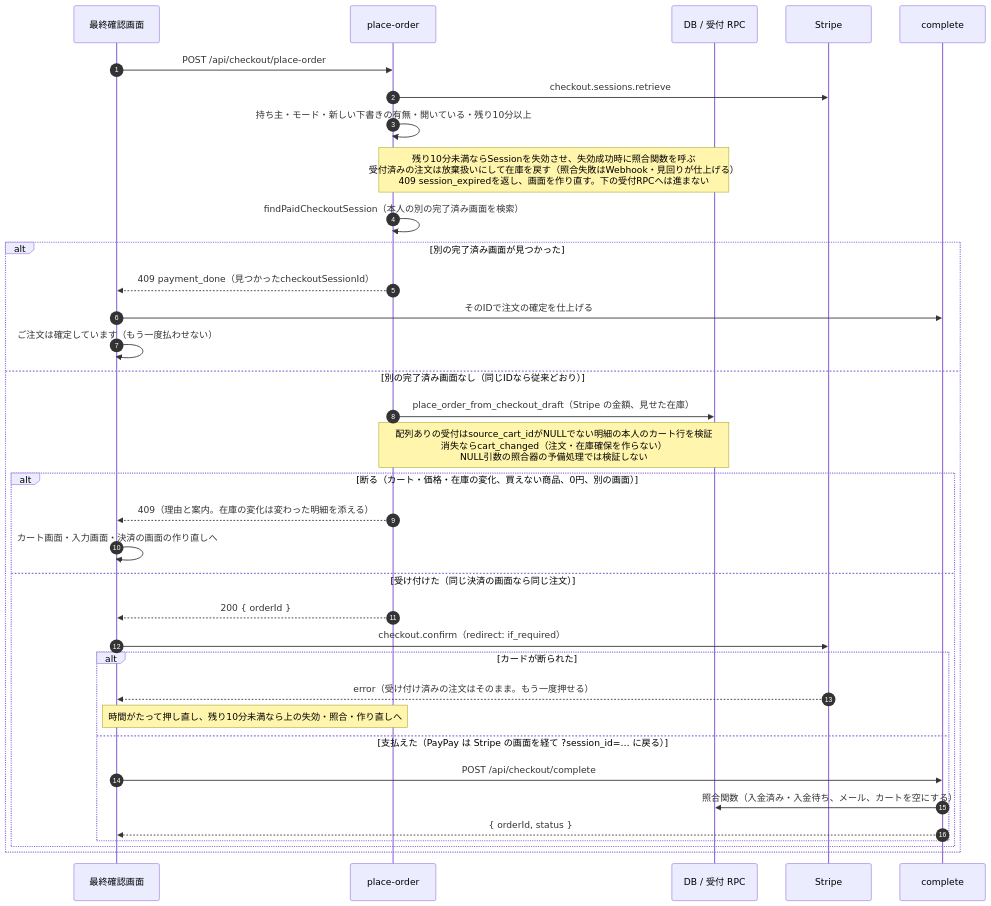
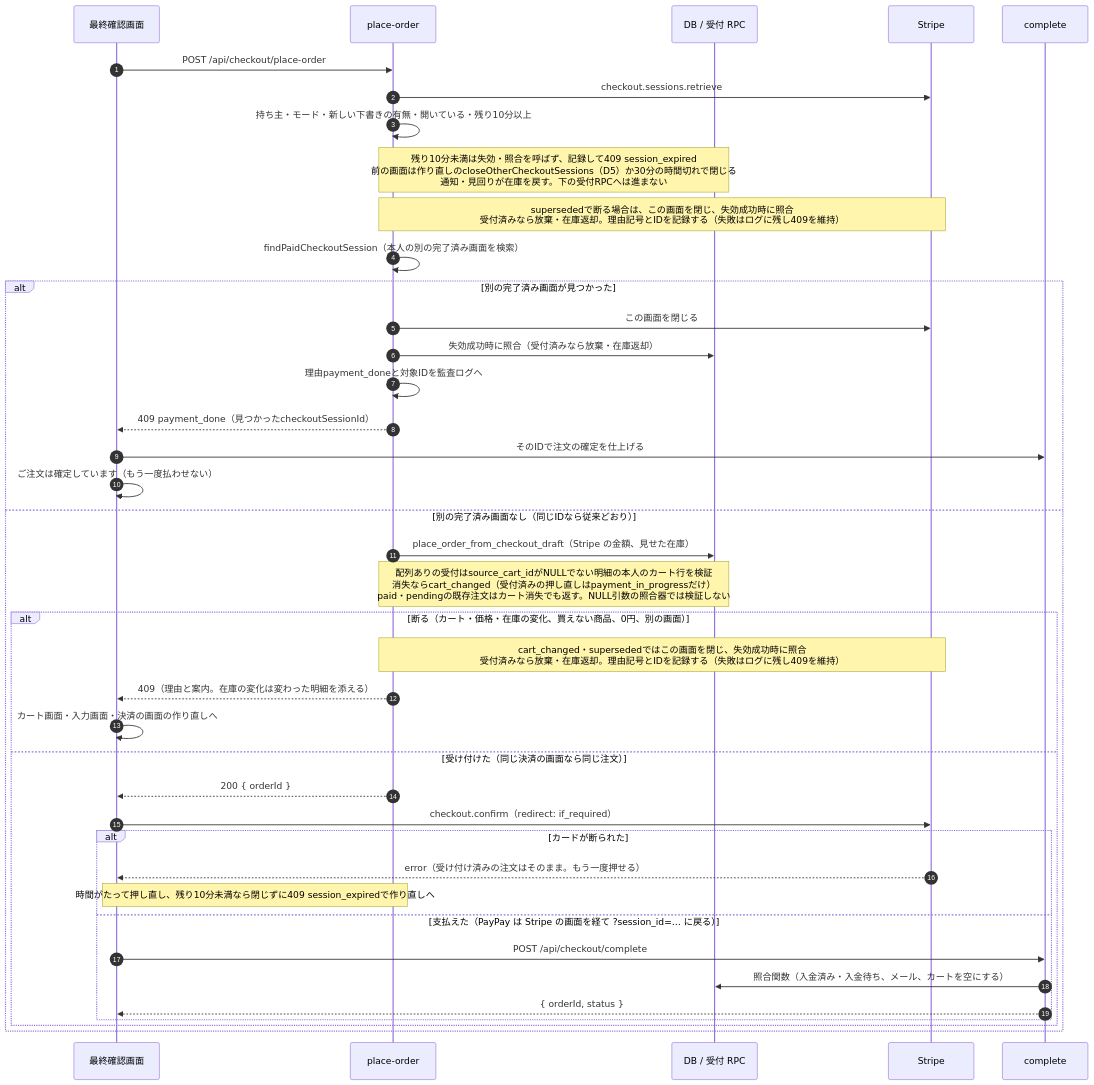
The second of 5 diagrams in docs/04_DetailDesign/sequence/checkout-payment.md (ChocoWork/o_official), drawn with Mermaid before and after one commit. The commit also changed other lines of this file and 3 other files, not shown here.

````diff
--- a/docs/04_DetailDesign/sequence/checkout-payment.md
+++ b/docs/04_DetailDesign/sequence/checkout-payment.md
@@ -82,37 +82,42 @@
 ```mermaid
 sequenceDiagram
     autonumber
     participant UI as 最終確認画面
     participant PO as place-order
     participant DB as DB / 受付 RPC
     participant Stripe as Stripe
     participant C as complete
     UI->>PO: POST /api/checkout/place-order
     PO->>Stripe: checkout.sessions.retrieve
     PO->>PO: 持ち主・モード・新しい下書きの有無・開いている・残り10分以上
-    Note over PO,DB: 残り10分未満ならSessionを失効させ、失効成功時に照合関数を呼ぶ<br/>受付済みの注文は放棄扱いにして在庫を戻す（照合失敗はWebhook・見回りが仕上げる）<br/>409 session_expiredを返し、画面を作り直す。下の受付RPCへは進まない
+    Note over PO,DB: 残り10分未満は失効・照合を呼ばず、記録して409 session_expired<br/>前の画面は作り直しのcloseOtherCheckoutSessions（D5）か30分の時間切れで閉じる<br/>通知・見回りが在庫を戻す。下の受付RPCへは進まない
+    Note over PO,Stripe: supersededで断る場合は、この画面を閉じ、失効成功時に照合<br/>受付済みなら放棄・在庫返却。理由記号とIDを記録する（失敗はログに残し409を維持）
     PO->>PO: findPaidCheckoutSession（本人の別の完了済み画面を検索）
     alt 別の完了済み画面が見つかった
+        PO->>Stripe: この画面を閉じる
+        PO->>DB: 失効成功時に照合（受付済みなら放棄・在庫返却）
+        PO->>PO: 理由payment_doneと対象IDを監査ログへ
         PO-->>UI: 409 payment_done（見つかったcheckoutSessionId）
         UI->>C: そのIDで注文の確定を仕上げる
         UI->>UI: ご注文は確定しています（もう一度払わせない）
     else 別の完了済み画面なし（同じIDなら従来どおり）
     PO->>DB: place_order_from_checkout_draft（Stripe の金額、見せた在庫）
-    Note over PO,DB: 配列ありの受付はsource_cart_idがNULLでない明細の本人のカート行を検証<br/>消失ならcart_changed（注文・在庫確保を作らない）<br/>NULL引数の照合器の予備処理では検証しない
+    Note over PO,DB: 配列ありの受付はsource_cart_idがNULLでない明細の本人のカート行を検証<br/>消失ならcart_changed（受付済みの押し直しはpayment_in_progressだけ）<br/>paid・pendingの既存注文はカート消失でも返す。NULL引数の照合器では検証しない
     alt 断る（カート・価格・在庫の変化、買えない商品、0円、別の画面）
+        Note over PO,Stripe: cart_changed・supersededではこの画面を閉じ、失効成功時に照合<br/>受付済みなら放棄・在庫返却。理由記号とIDを記録する（失敗はログに残し409を維持）
         PO-->>UI: 409（理由と案内。在庫の変化は変わった明細を添える）
         UI->>UI: カート画面・入力画面・決済の画面の作り直しへ
     else 受け付けた（同じ決済の画面なら同じ注文）
         PO-->>UI: 200 { orderId }
         UI->>Stripe: checkout.confirm（redirect: if_required）
         alt カードが断られた
             Stripe-->>UI: error（受け付け済みの注文はそのまま。もう一度押せる）
-            Note over UI,PO: 時間がたって押し直し、残り10分未満なら上の失効・照合・作り直しへ
+            Note over UI,PO: 時間がたって押し直し、残り10分未満なら閉じずに409 session_expiredで作り直しへ
         else 支払えた（PayPay は Stripe の画面を経て ?session_id=… に戻る）
             UI->>C: POST /api/checkout/complete
             C->>DB: 照合関数（入金済み・入金待ち、メール、カートを空にする）
             C-->>UI: { orderId, status }
         end
     end
     end
 ```
````
